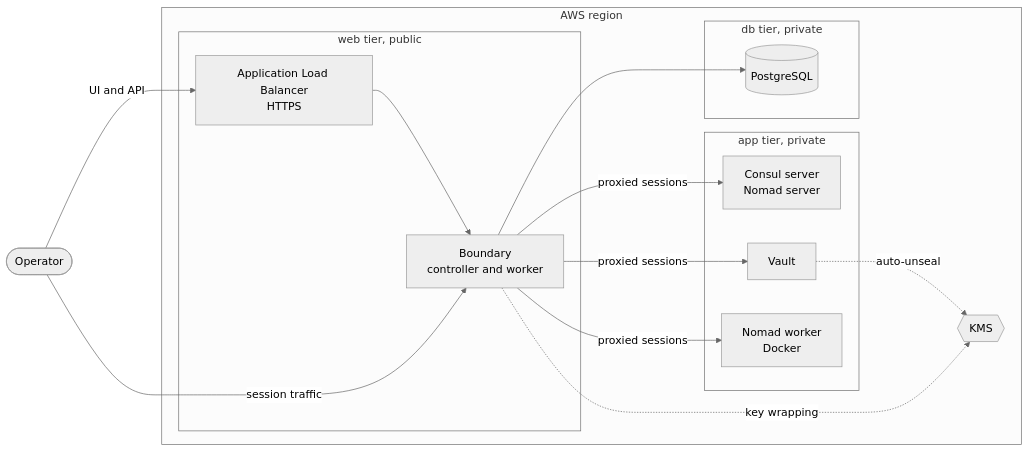
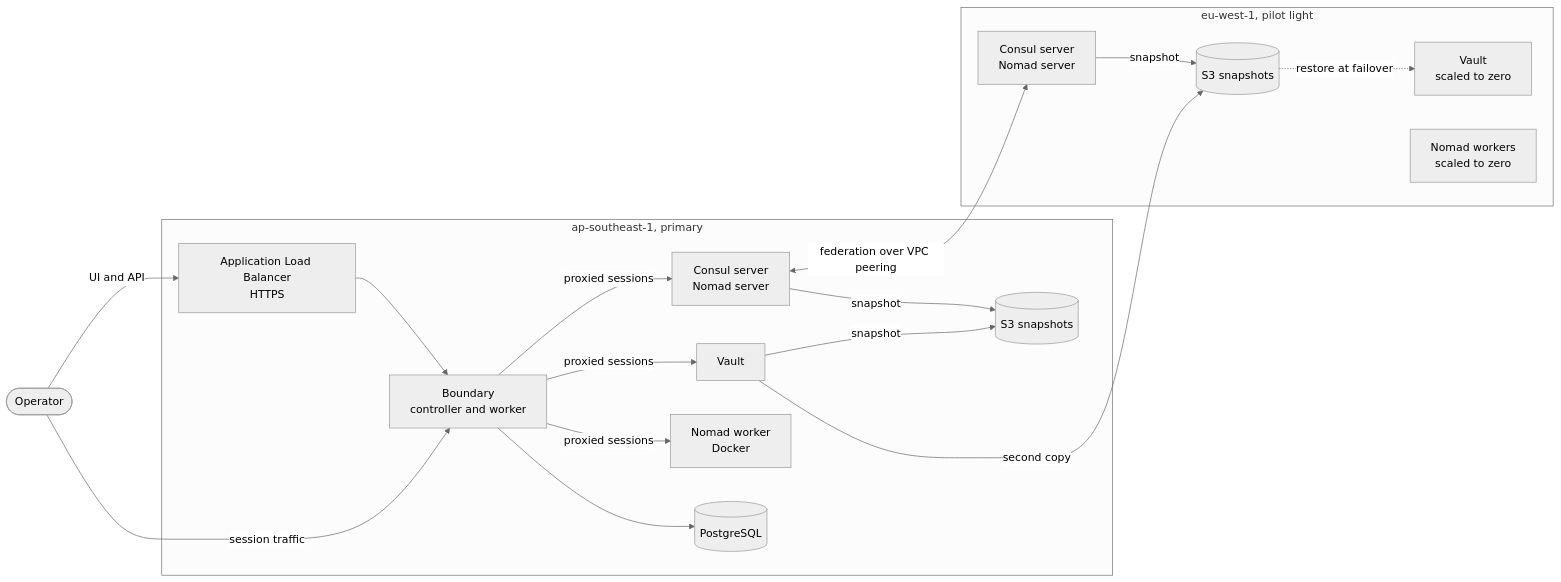
The diagram in README.md (Yophi123/hashicorp-stack), drawn with Mermaid (neutral theme) before and after one commit. The commit also changed other lines of this file and 7 other files, not shown here.

Commit message:
feat(Terraform & Packer): Consul and Nomad server snapshots

````diff
--- a/README.md
+++ b/README.md
@@ -22,30 +22,32 @@
 ```mermaid
 flowchart LR
     user([Operator])
 
-    subgraph AWS["AWS region"]
-        subgraph web["web tier, public"]
-            alb["Application Load Balancer<br/>HTTPS"]
-            bnd["Boundary<br/>controller and worker"]
-        end
-        subgraph app["app tier, private"]
-            srv["Consul server<br/>Nomad server"]
-            vault["Vault"]
-            wrk["Nomad worker<br/>Docker"]
-        end
-        subgraph db["db tier, private"]
-            rds[("PostgreSQL")]
-        end
-        kms{{"KMS"}}
+    subgraph P["ap-southeast-1, primary"]
+        alb["Application Load Balancer<br/>HTTPS"]
+        bnd["Boundary<br/>controller and worker"]
+        srv["Consul server<br/>Nomad server"]
+        vault["Vault"]
+        wrk["Nomad worker<br/>Docker"]
+        rds[("PostgreSQL")]
+        s3p[("S3 snapshots")]
     end
 
-    user -->|"UI and API"| alb
-    alb --> bnd
+    subgraph L["eu-west-1, pilot light"]
+        srv2["Consul server<br/>Nomad server"]
+        vault2["Vault<br/>scaled to zero"]
+        wrk2["Nomad workers<br/>scaled to zero"]
+        s3l[("S3 snapshots")]
+    end
+
+    user -->|"UI and API"| alb --> bnd
     user -->|"session traffic"| bnd
-    bnd -->|"proxied sessions"| srv
-    bnd -->|"proxied sessions"| vault
-    bnd -->|"proxied sessions"| wrk
+    bnd -->|"proxied sessions"| srv & vault & wrk
     bnd --> rds
-    vault -.->|"auto-unseal"| kms
-    bnd -.->|"key wrapping"| kms
+    srv <-->|"federation over VPC peering"| srv2
+    vault -->|"snapshot"| s3p
+    vault -->|"second copy"| s3l
+    srv -->|"snapshot"| s3p
+    srv2 -->|"snapshot"| s3l
+    s3l -.->|"restore at failover"| vault2
 ```
````
